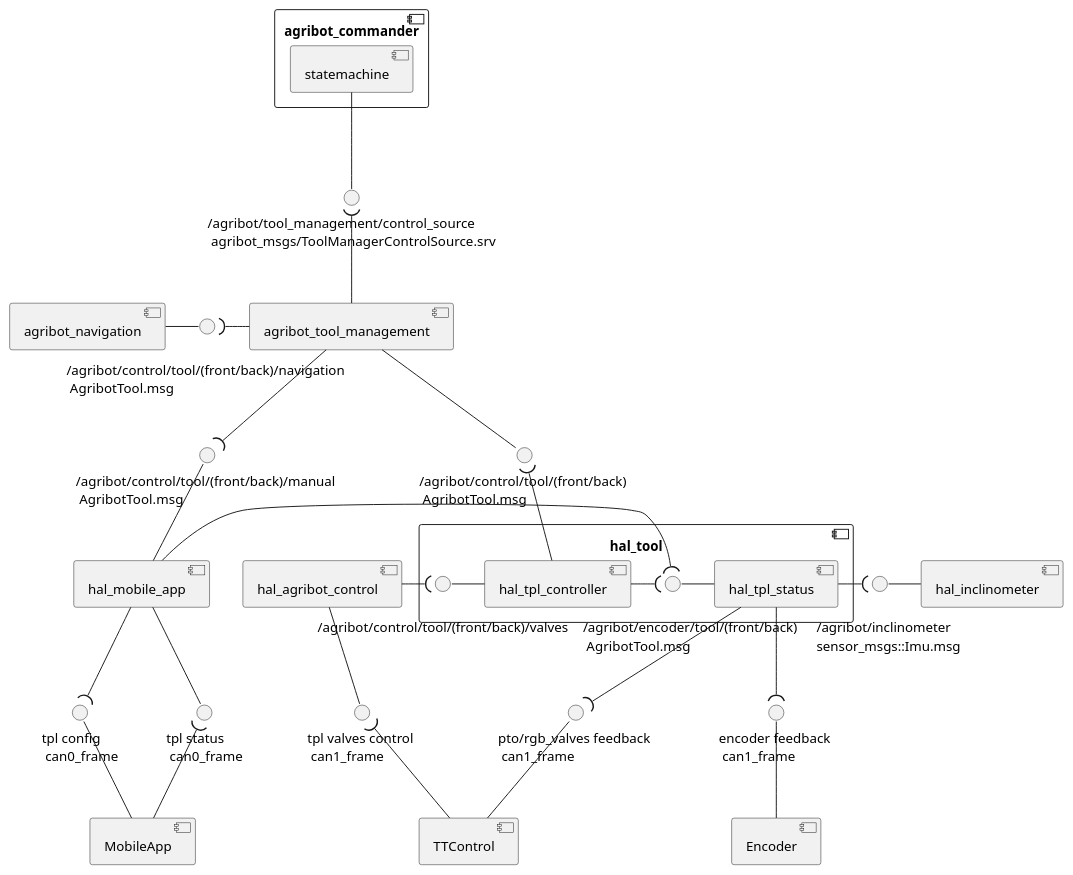
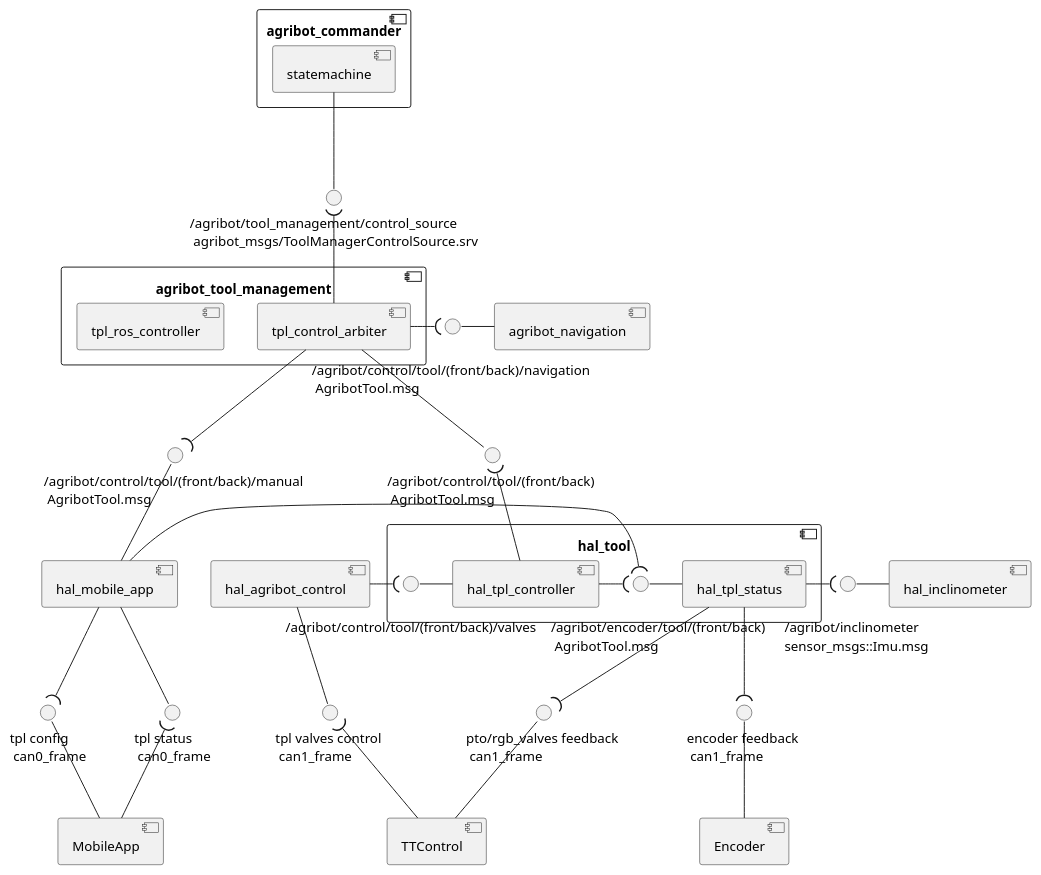
The diagram in doc/tpl_component/tpl_control_component.plantuml (agribot-2-0/agribot_tools_management), drawn with PlantUML before and after one commit.

Commit message:
Changing UML diagram in progress

```diff
--- a/doc/tpl_component/tpl_control_component.plantuml
+++ b/doc/tpl_component/tpl_control_component.plantuml
@@ -1,68 +1,74 @@
 @startuml
 
 () "/agribot/control/tool/(front/back)/manual \n AgribotTool.msg" as manual_control_tool_msg
 () "\n/agribot/control/tool/(front/back)/navigation \n AgribotTool.msg" as navi_control_tool_msg
 () "/agribot/control/tool/(front/back) \n AgribotTool.msg" as control_tool_msg
 () "/agribot/tool_management/control_source \n agribot_msgs/ToolManagerControlSource.srv" as control_source_srv
 () "tpl status \n can0_frame" as tpl_status_can0
 () "tpl config \n can0_frame" as tpl_config_can0
 () "encoder feedback \n can1_frame" as tpl_feedback_can1
 () "pto/rgb_valves feedback \n can1_frame" as tpl_valves_feedback_can1
 () "tpl valves control \n can1_frame" as tpl_control_can1
 
 component agribot_commander {
   [statemachine]
 }
 
 () "\n     /agribot/inclinometer\n     sensor_msgs::Imu.msg" as hal_inclinometer_msg
 
 component hal_tool {
   () "\n/agribot/control/tool/(front/back)/valves" as control_valves_msg
   () "\n           /agribot/encoder/tool/(front/back) \n            AgribotTool.msg" as tool_tpl_status_msg
 
   [hal_tpl_status]
   [hal_tpl_controller]
 
   [hal_tpl_controller] -( tool_tpl_status_msg
   tool_tpl_status_msg - [hal_tpl_status]
 
   control_valves_msg - [hal_tpl_controller]
 }
 
+component agribot_tool_management {
+  [tpl_control_arbiter]
+  [tpl_ros_controller]
+
+}
+
 [hal_agribot_control] -( control_valves_msg
 
 [hal_tpl_status] -( hal_inclinometer_msg
 hal_inclinometer_msg - [hal_inclinometer]
 
 [statemachine] -- control_source_srv
 
-control_source_srv )-- [agribot_tool_management]
+control_source_srv )-- [tpl_control_arbiter]
 
-[agribot_navigation] - navi_control_tool_msg
-navi_control_tool_msg )- [agribot_tool_management]
+navi_control_tool_msg - [agribot_navigation]
+navi_control_tool_msg )- [tpl_control_arbiter]
 
-[agribot_tool_management] --( manual_control_tool_msg
-[agribot_tool_management] -- control_tool_msg
+[tpl_control_arbiter] --( manual_control_tool_msg
+[tpl_control_arbiter] -- control_tool_msg
 
 control_tool_msg )-- [hal_tpl_controller]
 
 manual_control_tool_msg -- [hal_mobile_app]
 
 tpl_config_can0 -- [MobileApp]
 
 [hal_mobile_app] -- tpl_status_can0
 tpl_status_can0 )-- [MobileApp]
 
 [hal_mobile_app] --( tpl_config_can0
 [hal_mobile_app] -( tool_tpl_status_msg
 
 [hal_tpl_status] --( tpl_feedback_can1
 tpl_feedback_can1 -- [Encoder]
 
 [hal_tpl_status] --( tpl_valves_feedback_can1
 tpl_valves_feedback_can1 -- [TTControl]
 
 [hal_agribot_control] -- tpl_control_can1
 tpl_control_can1 )-- [TTControl]
 
 @enduml
```
